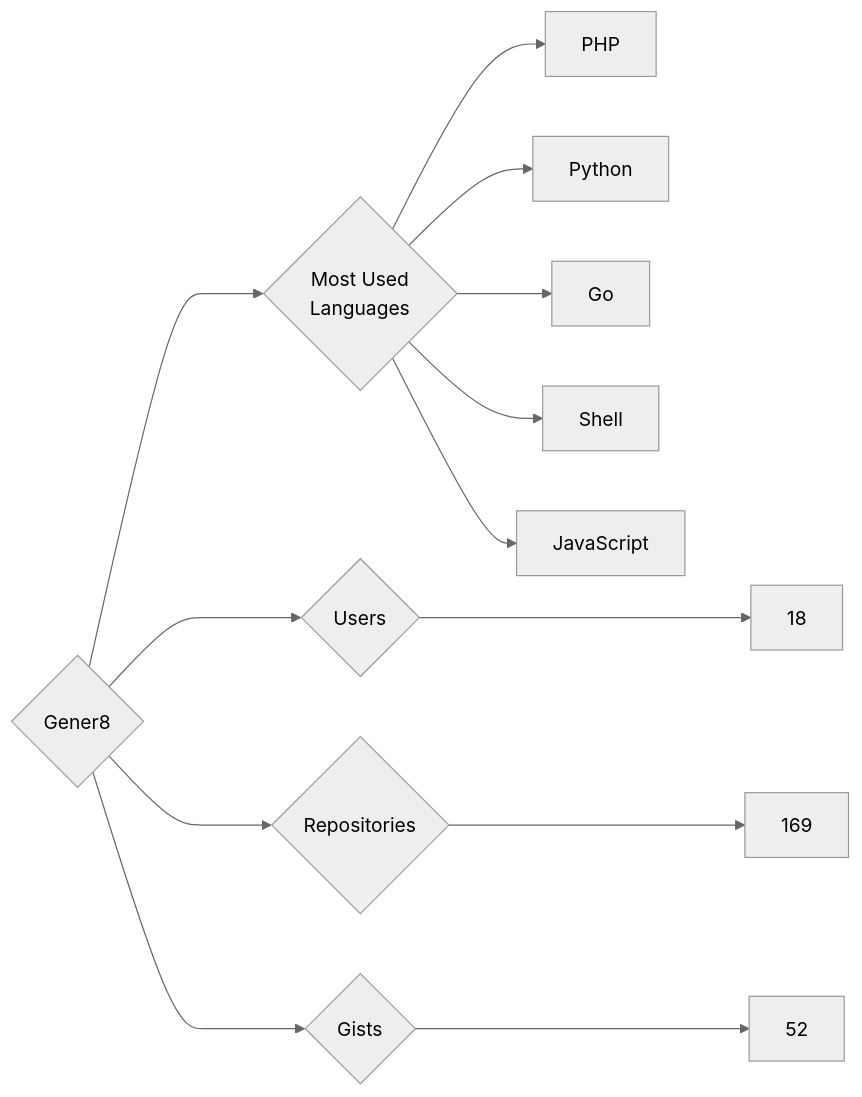
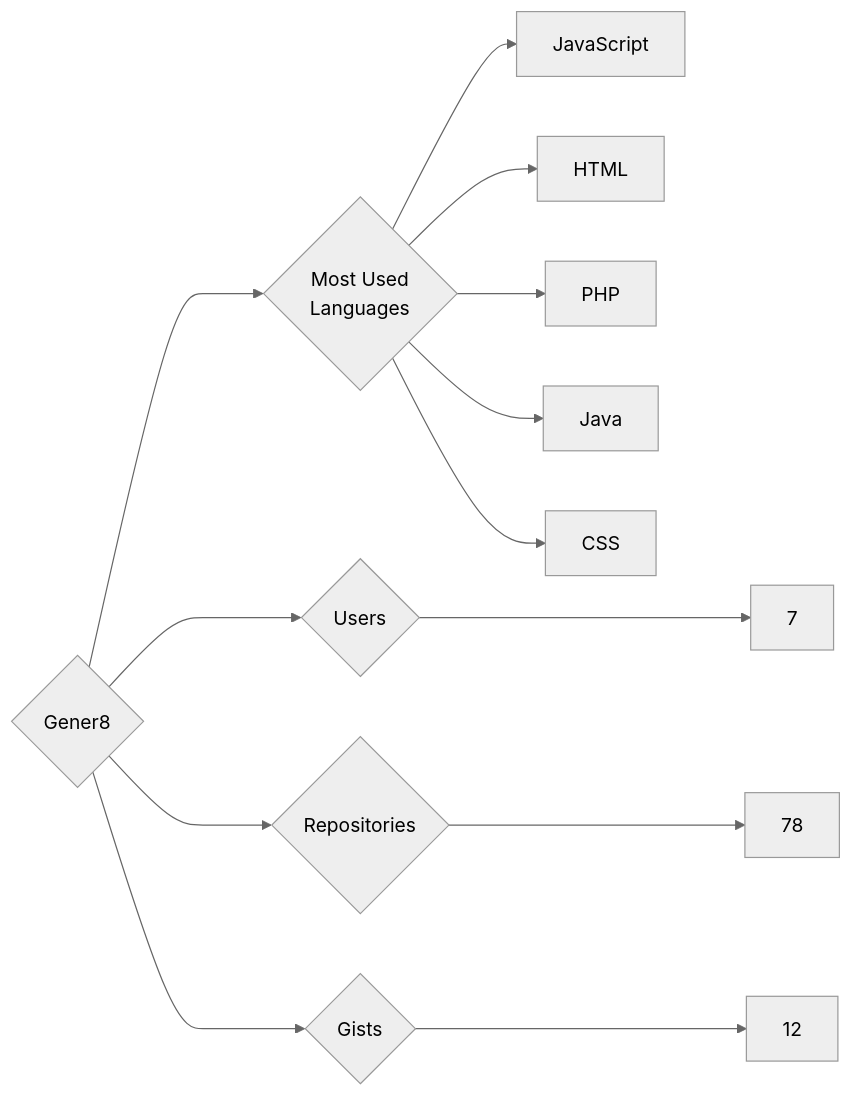
Before and after one commit to trickest/insiders: the diagram in targets/Gener8/README.md, drawn with Mermaid (neutral theme). The commit also changed 745 other files, not shown here.

````diff
--- a/targets/Gener8/README.md
+++ b/targets/Gener8/README.md
@@ -3,13 +3,13 @@
 ```mermaid
 graph LR
 COMPANY_NAME{Gener8}
-COMPANY_NAME ---> U{Users} ---> UN[18]
-COMPANY_NAME ---> R{Repositories} ---> RN[169]
-COMPANY_NAME ---> G{Gists} ---> GN[52]
+COMPANY_NAME ---> U{Users} ---> UN[7]
+COMPANY_NAME ---> R{Repositories} ---> RN[78]
+COMPANY_NAME ---> G{Gists} ---> GN[12]
 COMPANY_NAME ---> ML{Most Used<br>Languages}
+ML --> JavaScript[JavaScript]
+ML --> HTML[HTML]
 ML --> PHP[PHP]
-ML --> Python[Python]
-ML --> Go[Go]
-ML --> Shell[Shell]
-ML --> JavaScript[JavaScript]
+ML --> Java[Java]
+ML --> CSS[CSS]
 ```
````
